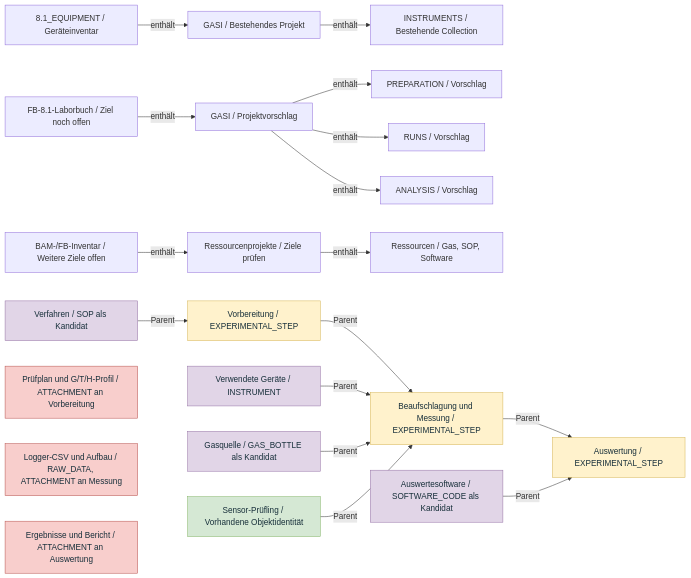
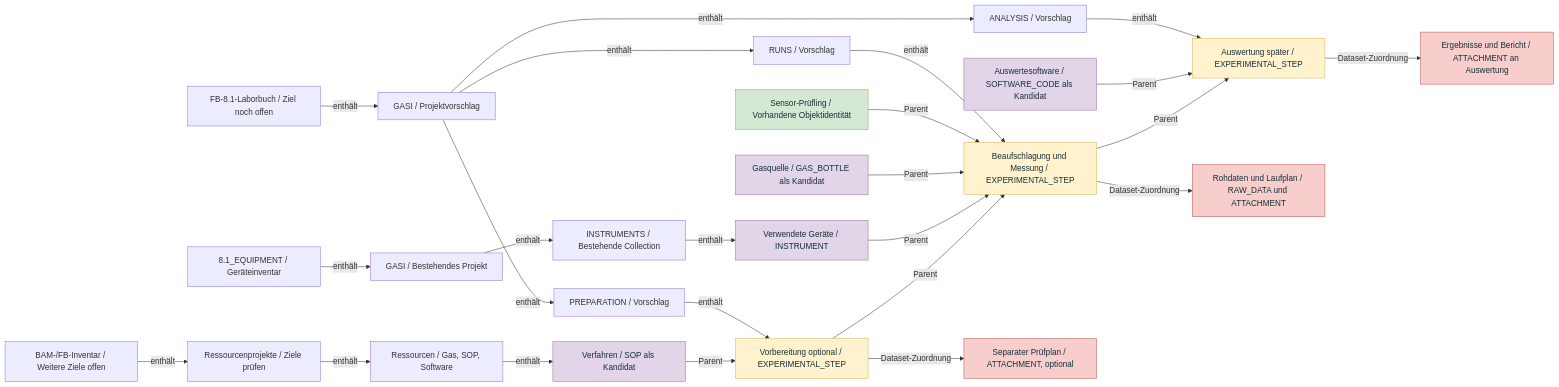
One commit to pneumann1980/gasi-openbis changed the third of 4 diagrams in docs/GaSi_Konzeptmodell.md. Above: the diagram before and after it, drawn with Mermaid. The commit also changed other lines of this file and 27 other files, not shown here.

Commit message:
Messung und spaetere Auswertung mit genauer Datenherkunft trennen

````diff
--- a/docs/GaSi_Konzeptmodell.md
+++ b/docs/GaSi_Konzeptmodell.md
@@ -229,30 +234,36 @@
 ```mermaid
 flowchart LR
     %% gasi-view: combined
+    %% gasi-optional: P,E
     IS[8.1_EQUIPMENT / Geräteinventar] -->|enthält| IP[GASI / Bestehendes Projekt]
     IP -->|enthält| IC[INSTRUMENTS / Bestehende Collection]
     LS[FB-8.1-Laborbuch / Ziel noch offen] -->|enthält| LP[GASI / Projektvorschlag]
     LP -->|enthält| PC[PREPARATION / Vorschlag]
     LP -->|enthält| MC[RUNS / Vorschlag]
     LP -->|enthält| EC[ANALYSIS / Vorschlag]
     RS[BAM-/FB-Inventar / Weitere Ziele offen] -->|enthält| RP[Ressourcenprojekte / Ziele prüfen]
     RP -->|enthält| RC[Ressourcen / Gas, SOP, Software]
-    Q[Verfahren / SOP als Kandidat] -->|Parent| P[Vorbereitung / EXPERIMENTAL_STEP]
+    Q[Verfahren / SOP als Kandidat] -->|Parent| P[Vorbereitung optional / EXPERIMENTAL_STEP]
     P -->|Parent| M[Beaufschlagung und Messung / EXPERIMENTAL_STEP]
-    M -->|Parent| E[Auswertung / EXPERIMENTAL_STEP]
+    M -->|Parent| E[Auswertung später / EXPERIMENTAL_STEP]
     I[Verwendete Geräte / INSTRUMENT] -->|Parent| M
     G[Gasquelle / GAS_BOTTLE als Kandidat] -->|Parent| M
     D[Sensor-Prüfling / Vorhandene Objektidentität] -->|Parent| M
     W[Auswertesoftware / SOFTWARE_CODE als Kandidat] -->|Parent| E
-    DP[Prüfplan und G/T/H-Profil / ATTACHMENT an Vorbereitung]
-    DM[Logger-CSV und Aufbau / RAW_DATA, ATTACHMENT an Messung]
-    DE[Ergebnisse und Bericht / ATTACHMENT an Auswertung]
+    P -->|Dataset-Zuordnung| DP[Separater Prüfplan / ATTACHMENT, optional]
+    M -->|Dataset-Zuordnung| DM[Rohdaten und Laufplan / RAW_DATA und ATTACHMENT]
+    E -->|Dataset-Zuordnung| DE[Ergebnisse und Bericht / ATTACHMENT an Auswertung]
+    IC -->|enthält| I[Verwendete Geräte / INSTRUMENT]
+    PC -->|enthält| P[Vorbereitung optional / EXPERIMENTAL_STEP]
+    MC -->|enthält| M[Beaufschlagung und Messung / EXPERIMENTAL_STEP]
+    EC -->|enthält| E[Auswertung später / EXPERIMENTAL_STEP]
+    RC -->|enthält| Q[Verfahren / SOP als Kandidat]
     classDef activity fill:#fff2cc,stroke:#d6b656,color:#172f3a
     classDef sample fill:#d5e8d4,stroke:#82b366,color:#172f3a
     classDef resource fill:#e1d5e7,stroke:#9673a6,color:#172f3a
     classDef dataset fill:#f8cecc,stroke:#b85450,color:#172f3a
     class P,M,E activity
     class D sample
     class I,Q,G,W resource
     class DP,DM,DE dataset
 ```
````
